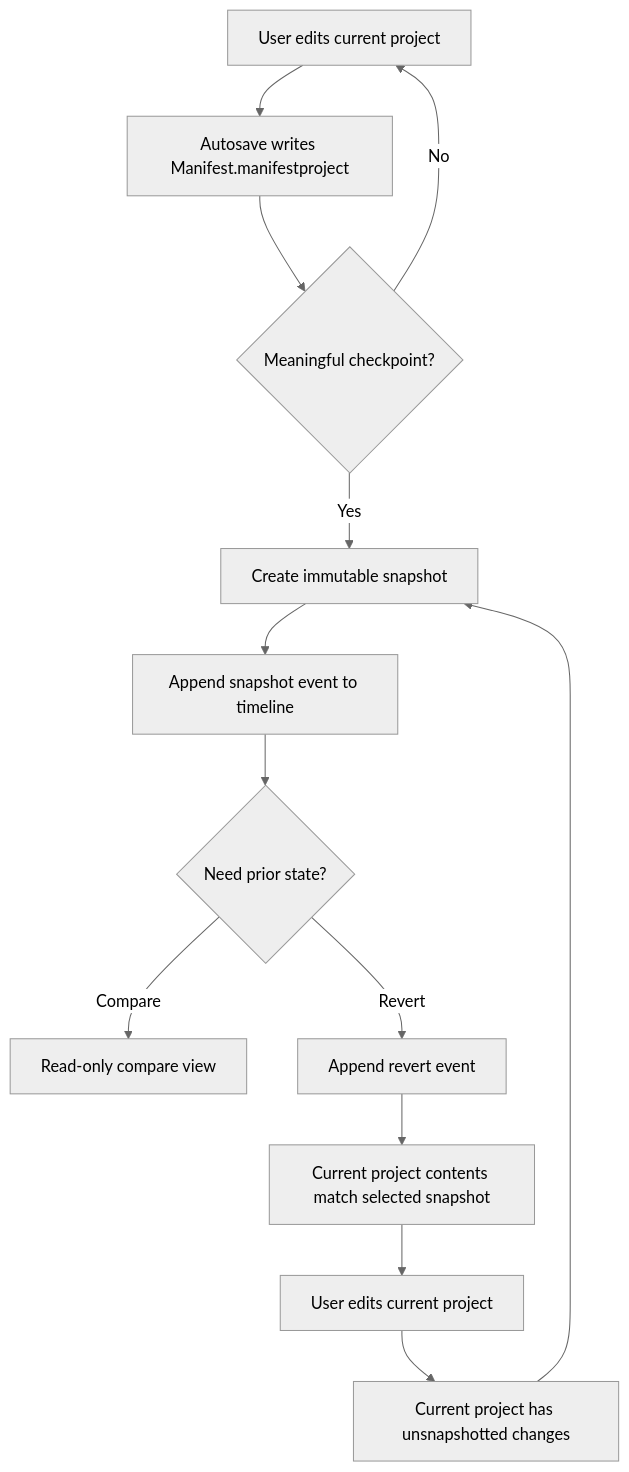
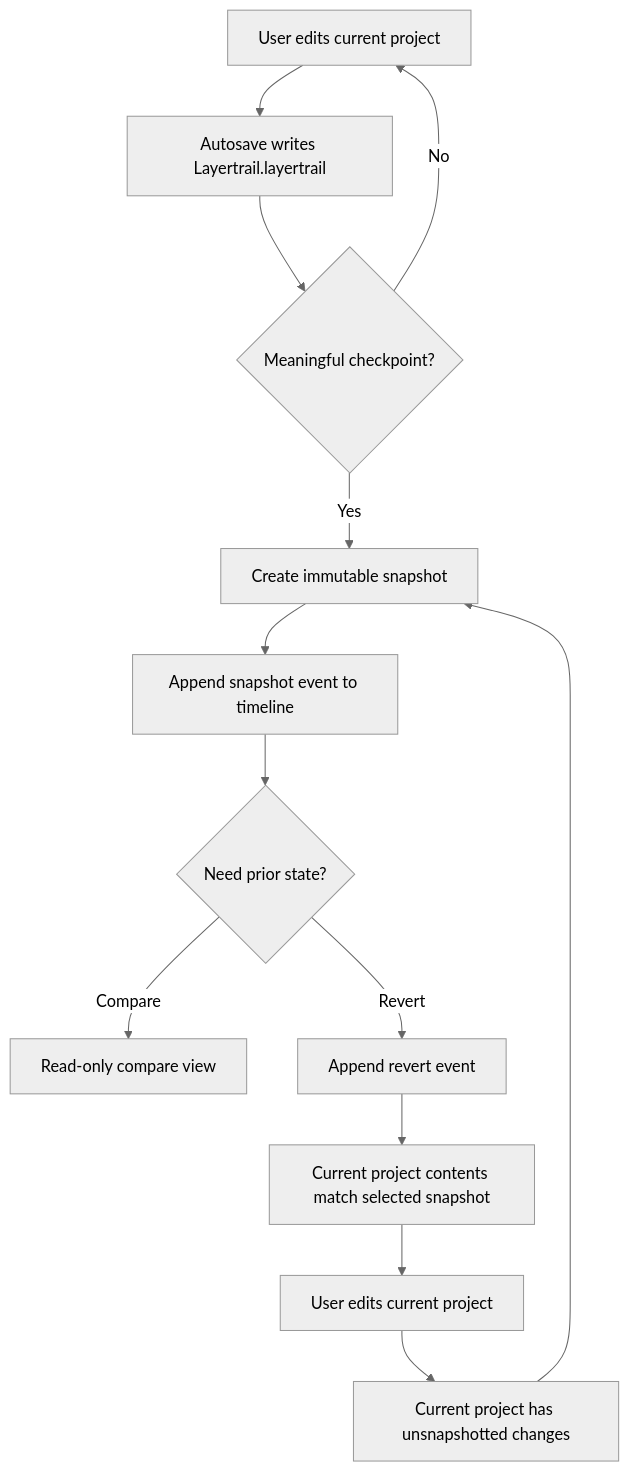
Before and after one commit to MakefieldWorks/Manifest: the third of 4 diagrams in docs/PRODUCT_USAGE_MODEL.md, drawn with Mermaid (neutral theme). The commit also changed other lines of this file and 237 other files, not shown here.

First line of the commit message:
Rename the app from Manifest to Layertrail (#119)

````diff
--- a/docs/PRODUCT_USAGE_MODEL.md
+++ b/docs/PRODUCT_USAGE_MODEL.md
@@ -171,15 +171,15 @@
 ```mermaid
 flowchart TD
-  A["User edits current project"] --> B["Autosave writes Manifest.manifestproject"]
+  A["User edits current project"] --> B["Autosave writes Layertrail.layertrail"]
   B --> C{"Meaningful checkpoint?"}
   C -- "No" --> A
   C -- "Yes" --> D["Create immutable snapshot"]
   D --> E["Append snapshot event to timeline"]
   E --> F{"Need prior state?"}
   F -- "Compare" --> G["Read-only compare view"]
   F -- "Revert" --> H["Append revert event"]
   H --> I["Current project contents match selected snapshot"]
   I --> J["User edits current project"]
   J --> K["Current project has unsnapshotted changes"]
   K --> D
 ```
````
